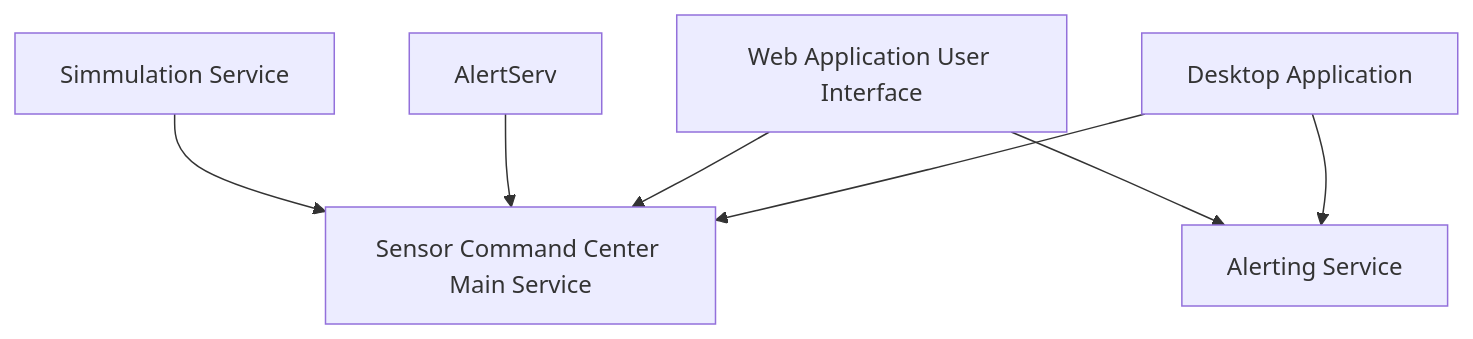
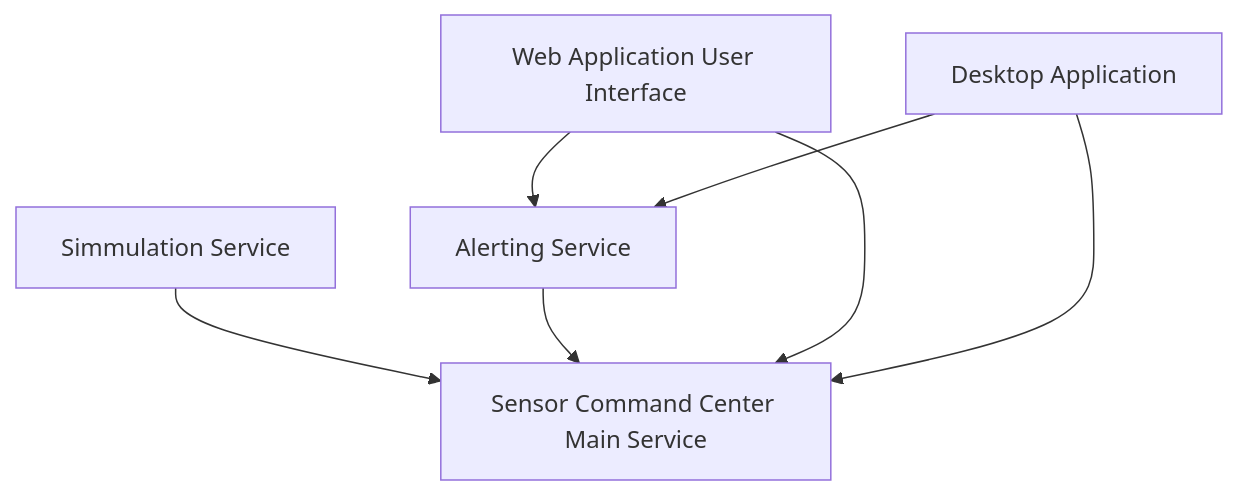
Before and after one commit to CharisGrubb/SensorCommandCenter: the diagram in Documentation/Service_Structure.md, drawn with Mermaid.

Commit message:
AlertServe spelling fix

````diff
--- a/Documentation/Service_Structure.md
+++ b/Documentation/Service_Structure.md
@@ -4,25 +4,25 @@
 ```mermaid
 
 
 flowchart TD
 
 
 
     SimServ[Simmulation Service]
 
     SCC[Sensor Command Center Main Service]
     AlertServe[Alerting Service]
-    
+
     webUI[Web Application User Interface]
     desktopApp[Desktop Application]
 
     SimServ --> SCC
-    AlertServ --> SCC
+    AlertServe --> SCC
     
     webUI --> SCC
     webUI --> AlertServe
 
     desktopApp --> SCC
     desktopApp --> AlertServe
 
 ```
````
